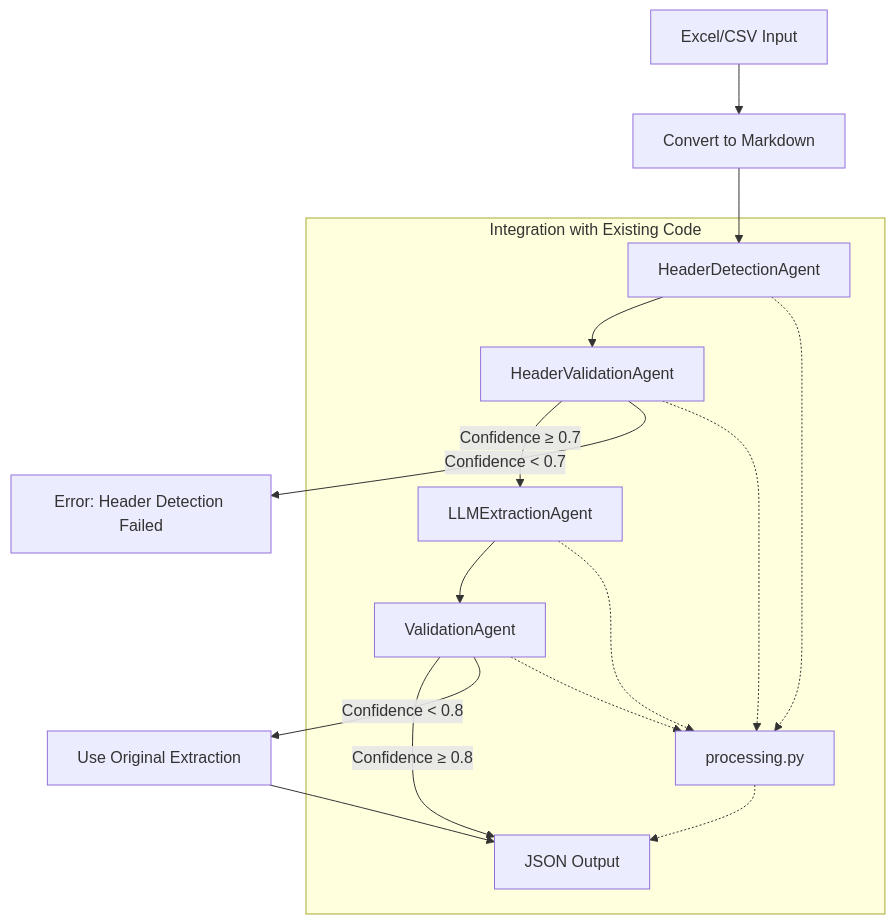
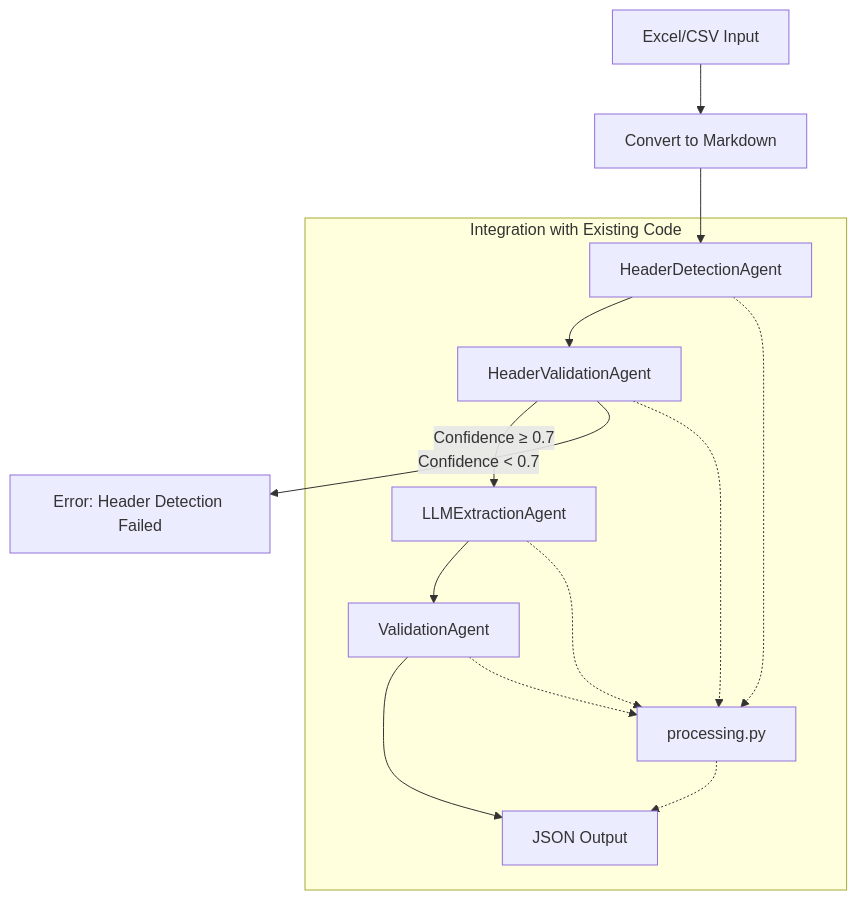
The diagram in README.md (grungert/extraction_agents), drawn with Mermaid before and after one commit. The commit also changed other lines of this file and 5 other files, not shown here.

````diff
--- a/README.md
+++ b/README.md
@@ -99,23 +100,21 @@
 ```mermaid
 flowchart TD
     Input[Excel/CSV Input] --> Convert[Convert to Markdown]
     Convert --> HeaderDetect[HeaderDetectionAgent]
 
     HeaderDetect --> HeaderValidate[HeaderValidationAgent]
     HeaderValidate -->|Confidence ≥ 0.7| Extract[LLMExtractionAgent]
     HeaderValidate -->|Confidence < 0.7| Error[Error: Header Detection Failed]
 
     Extract --> Validate[ValidationAgent]
 
-    Validate -->|Confidence ≥ 0.8| Output[JSON Output]
-    Validate -->|Confidence < 0.8| UseOriginal[Use Original Extraction]
-    UseOriginal --> Output
+    Validate --> Output[JSON Output]
 
     subgraph "Integration with Existing Code"
         HeaderDetect -.-> Process[processing.py]
         HeaderValidate -.-> Process
         Extract -.-> Process
         Validate -.-> Process
         Process -.-> Output
     end
 ```
````
